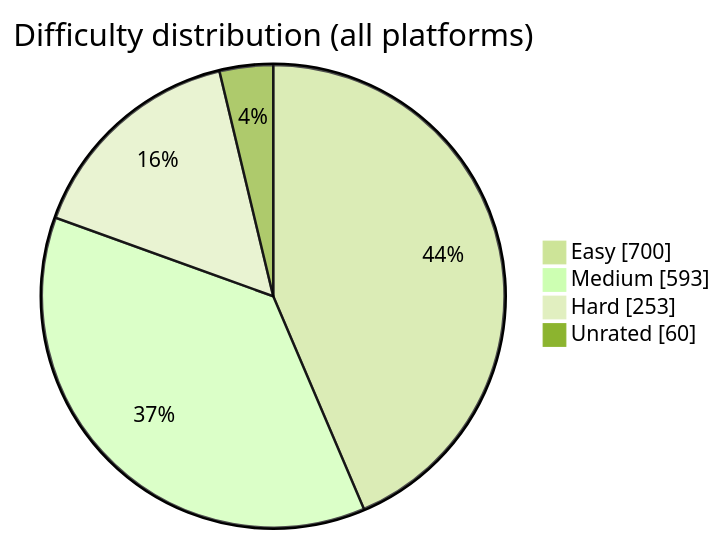
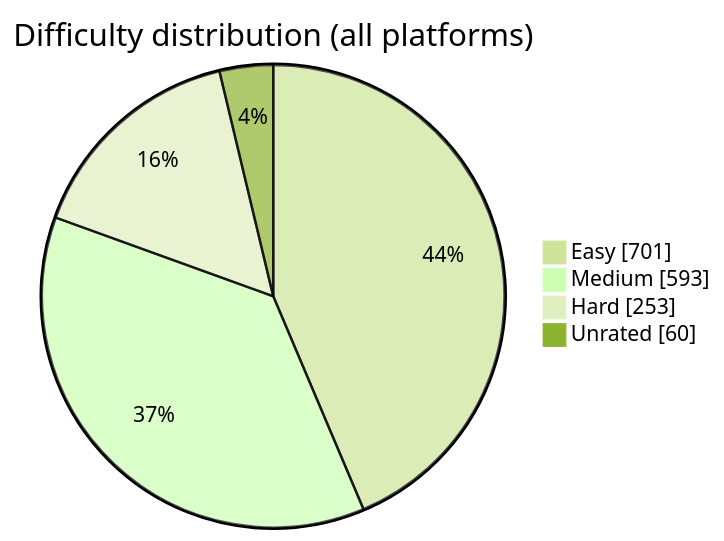
The diagram in README.md (BuildbyArindam/Daily-Coding-Log), drawn with Mermaid (forest theme) before and after one commit. The commit also changed other lines of this file, not shown here.

````diff
--- a/README.md
+++ b/README.md
@@ -93,7 +93,7 @@
 ```mermaid
 pie showData title Difficulty distribution (all platforms)
-    "Easy" : 700
+    "Easy" : 701
     "Medium" : 593
     "Hard" : 253
     "Unrated" : 60
 ```
````
